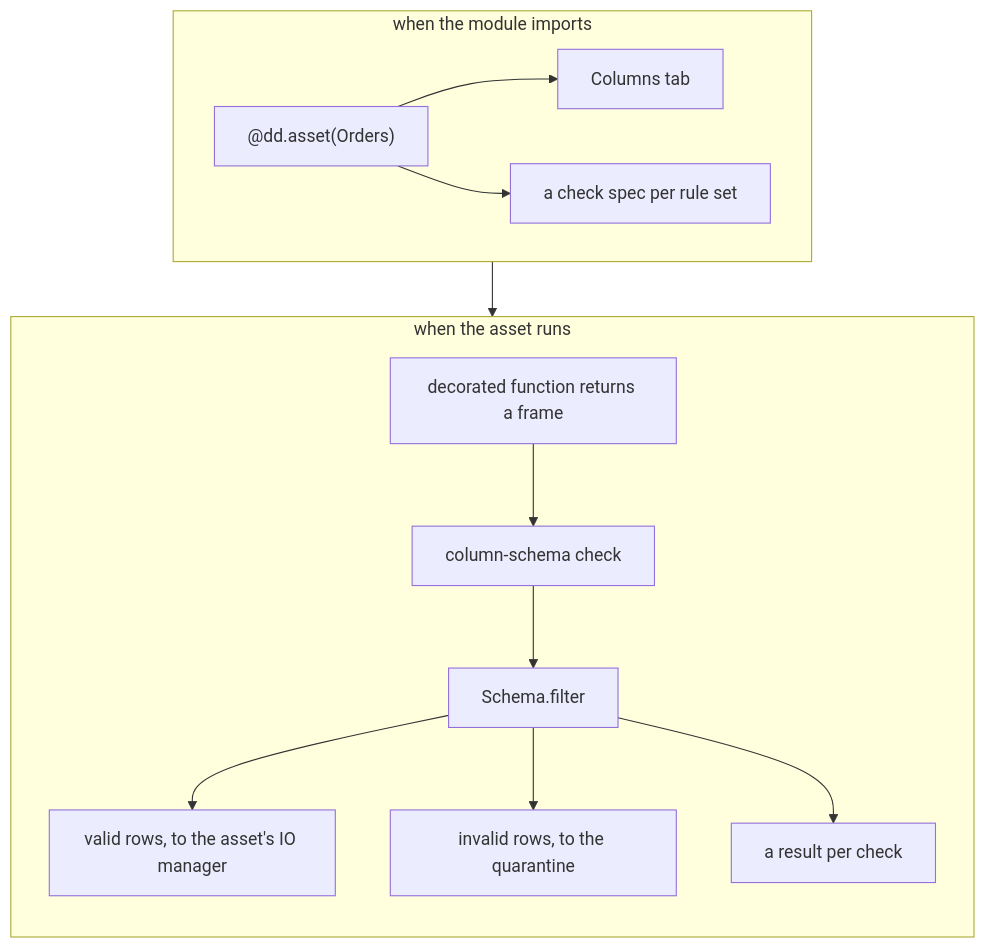
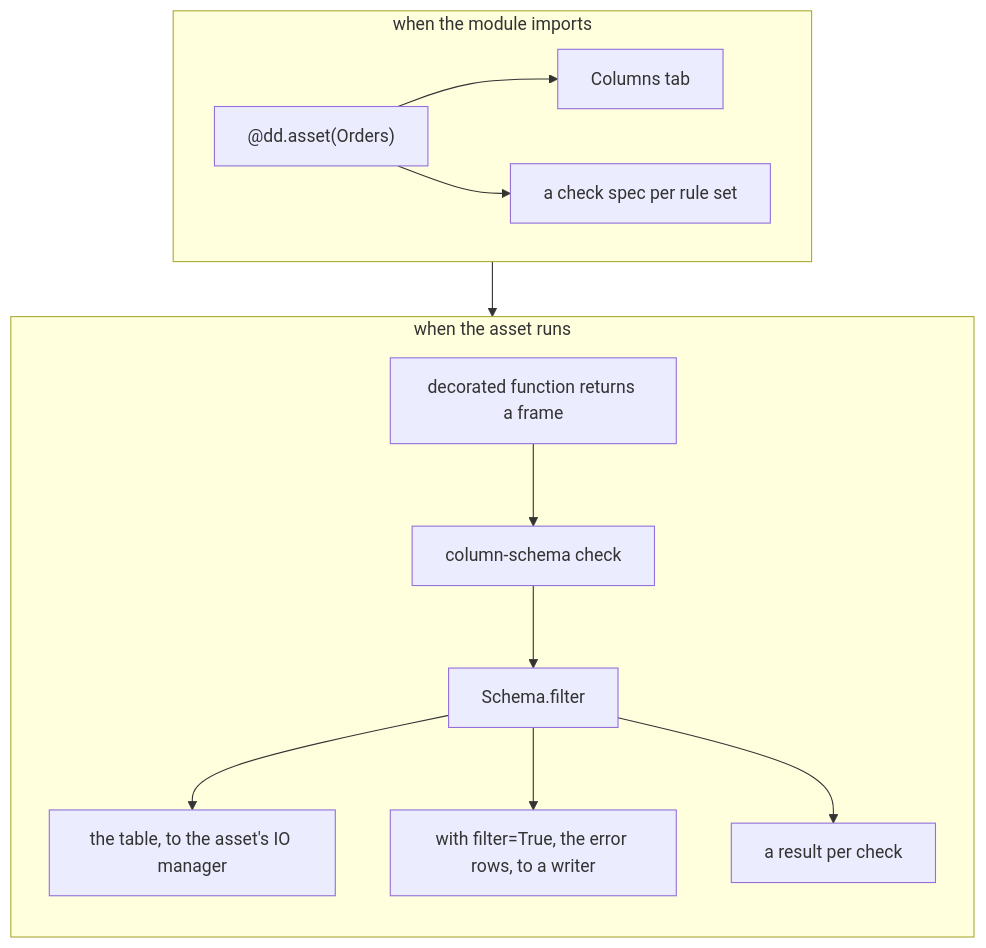
One commit to ozanozbeker/dagster-dataframely changed the diagram in user_guide/declaring-an-asset.qmd. Above: the diagram before and after it, drawn with Mermaid. The commit also changed other lines of this file and 60 other files, not shown here.

First line of the commit message:
feat!: declare rule severity on the schema and replace quarantine with filter

````diff
--- a/user_guide/declaring-an-asset.qmd
+++ b/user_guide/declaring-an-asset.qmd
@@ -38,17 +38,17 @@
 ```{mermaid}
 %%| label: declaring-an-asset-diagram
 flowchart TB
     subgraph load["when the module imports"]
         D["@dd.asset(Orders)"] --> T["Columns tab"]
         D --> C["a check spec per rule set"]
     end
     subgraph run["when the asset runs"]
         direction TB
         F["decorated function returns a frame"] --> CS["column-schema check"]
         CS --> FL["Schema.filter"]
-        FL --> V["valid rows, to the asset's IO manager"]
-        FL --> I["invalid rows, to the quarantine"]
+        FL --> V["the table, to the asset's IO manager"]
+        FL --> I["with filter=True, the error rows, to a writer"]
         FL --> R["a result per check"]
     end
     load --> run
 ```
````
